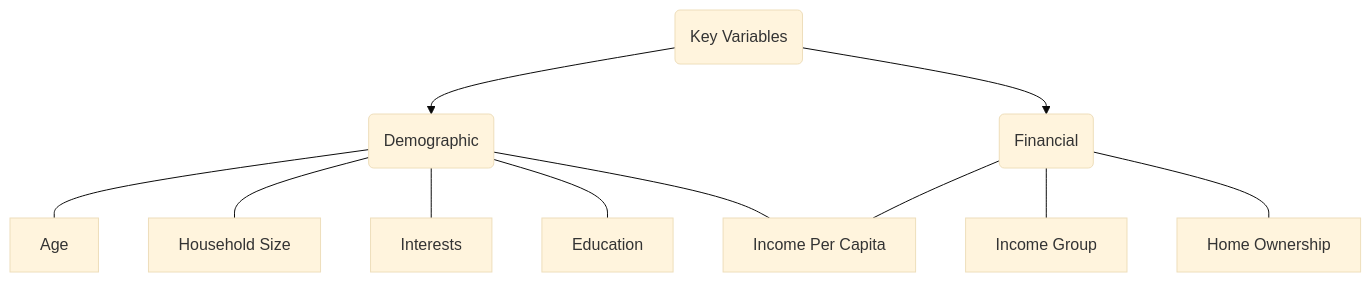
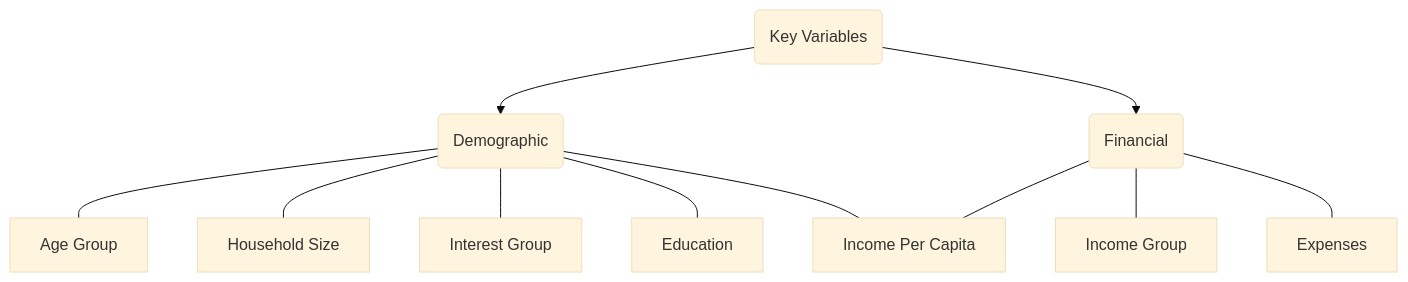
Before and after one commit to haileycsy/ISSS608-VAA: the first of 6 diagrams in Take-home_Ex/Take-home_Ex01/Take-home_Ex01.qmd, drawn with Mermaid (base theme). The commit also changed other lines of this file and 74 other files, not shown here.

````diff
--- a/Take-home_Ex/Take-home_Ex01/Take-home_Ex01.qmd
+++ b/Take-home_Ex/Take-home_Ex01/Take-home_Ex01.qmd
@@ -209,13 +371,13 @@
 ```{mermaid}
 %%| fig-width: 8
 flowchart TD
 A(Key Variables) --> B(Demographic)
 A --> C(Financial)
-B --- D[Age]
+B --- D[Age Group]
 B --- E[Household Size]
-B --- F[Interests]
+B --- F[Interest Group]
 B --- G[Education]
 C --- H[Income Group]
-C --- J[Home Ownership]
+C --- I[Expenses]
 B & C --- K[Income Per Capita]
 ```
````
